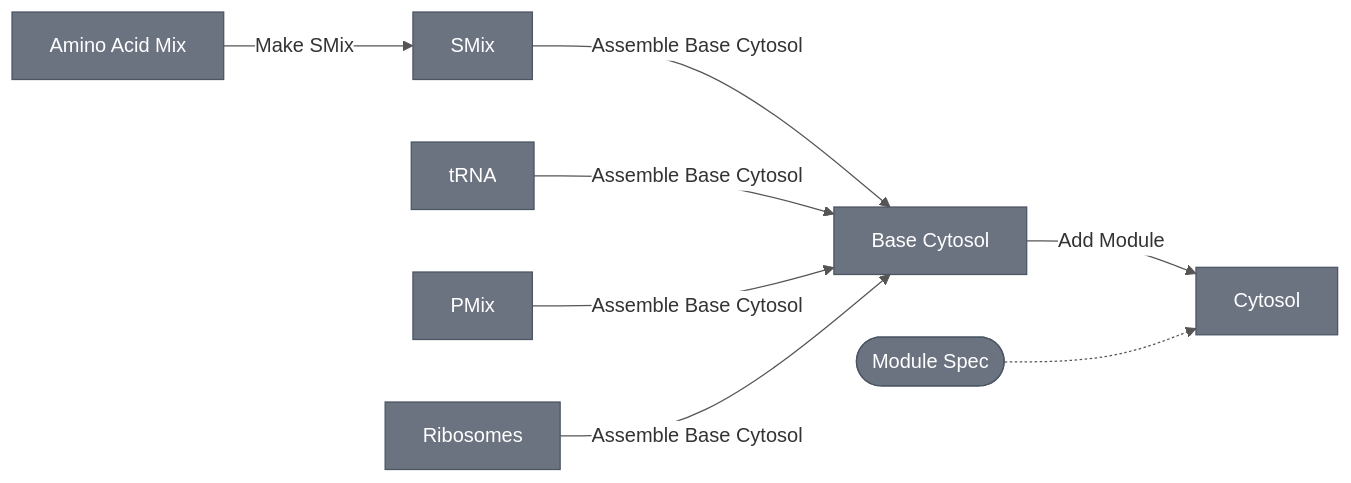
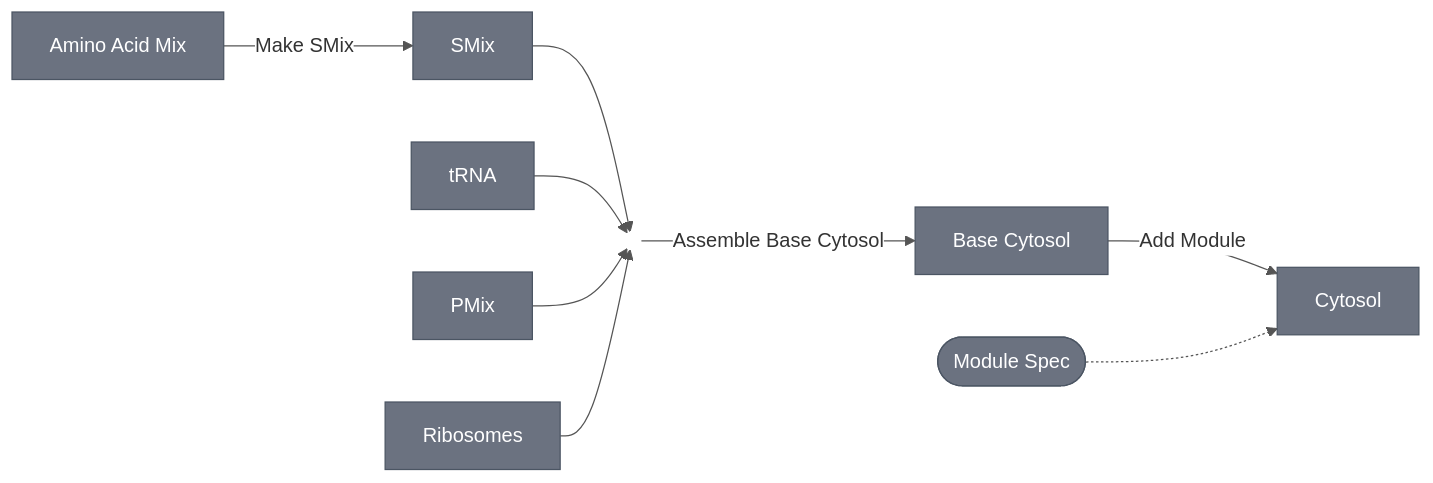
Before and after one commit to nucleus-eng/nucleus-docs: the second of 2 diagrams in docs/processes/processes-main.md, drawn with Mermaid. The commit also changed other lines of this file, not shown here.

Commit message:
copy edits on the mermaid diagrams in process-main.md; updates links to point to correct pages

````diff
--- a/docs/processes/processes-main.md
+++ b/docs/processes/processes-main.md
@@ -40,25 +42,28 @@
 ```{mermaid}
 %%{init: {'theme': 'base', 'themeVariables': {'lineColor': '#555555', 'edgeLabelBackground': '#ffffff'}}}%%
 flowchart LR
     AminoAcids["Amino Acid Mix"] -->|"Make SMix"| SMix["SMix"]
-    SMix & tRNA["tRNA"] & PMix["PMix"] & Ribosomes["Ribosomes"] -->|"Assemble Base Cytosol"| BaseCytosol["Base Cytosol"]
+    SMix & tRNA["tRNA"] & PMix["PMix"] & Ribosomes["Ribosomes"] --> J(( ))
+    
+    J --> |"Assemble Base Cytosol"| BaseCytosol["Base Cytosol"]
     BaseCytosol -->|"Add Module"| Cytosol["Cytosol"]
     ModSpec(["Module Spec"]) -.-> Cytosol
 
     style AminoAcids fill:#6B7280,color:#ffffff,stroke:#4B5563
     style SMix fill:#6B7280,color:#ffffff,stroke:#4B5563
     style tRNA fill:#6B7280,color:#ffffff,stroke:#4B5563
     style PMix fill:#6B7280,color:#ffffff,stroke:#4B5563
     style Ribosomes fill:#6B7280,color:#ffffff,stroke:#4B5563
     style BaseCytosol fill:#6B7280,color:#ffffff,stroke:#4B5563
     style Cytosol fill:#6B7280,color:#ffffff,stroke:#4B5563
     style ModSpec fill:#6B7280,color:#ffffff,stroke:#4B5563
+    style J fill:none,stroke:none
 
     click AminoAcids "./make-amino-acid-mix/main"
     click SMix "./make-small-molecule-mix/main"
     click tRNA "./make-trna/main"
     click PMix "./make-36pot/main"
     click Ribosomes "./make-ribosomes/main"
     click BaseCytosol "./assemble-base-cytosol/main"
     click ModSpec "../modules/modules-main"
 ```
````
